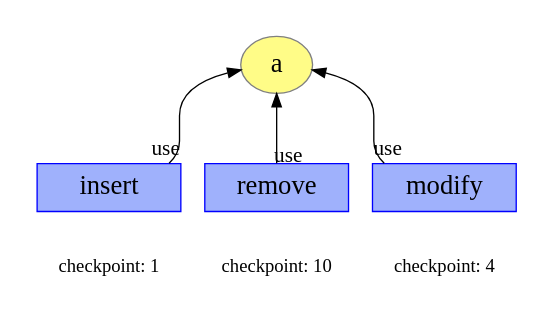
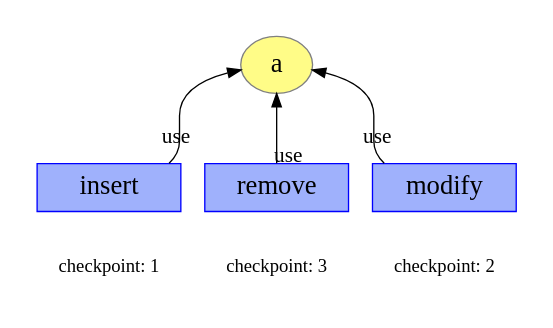
One commit to dew-uff/versioned-prov changed the diagram in generated/presentation/versioned.dot. Above: the diagram before and after it, drawn with Graphviz. The commit also changed 154 other files, not shown here.

```diff
--- a/generated/presentation/versioned.dot
+++ b/generated/presentation/versioned.dot
@@ -1,32 +1,32 @@
 digraph "PROV" { size="16,12"; rankdir="BT";
 ranksep=0.1; 
 
 subgraph cluster_1 {
     color=white
     "g/modify" [shape=box color=white fixedsize=true width=1.5]
     "g/remove" [shape=box color=white fixedsize=true width=1.5]
     "g/insert" [shape=box color=white fixedsize=true width=1.5]
 
     edge [minlen=6]
 
 "g/a" [fillcolor="#FFFC87",color="#808080",style="filled",label="a",URL="g/a",fontsize="20"]
 "g/insert" [fillcolor="#9FB1FC",color="#0000FF",shape="polygon",sides="4",style="filled",label="insert",URL="g/insert",fontsize="20"]
 "g/remove" [fillcolor="#9FB1FC",color="#0000FF",shape="polygon",sides="4",style="filled",label="remove",URL="g/remove",fontsize="20"]
 "g/modify" [fillcolor="#9FB1FC",color="#0000FF",shape="polygon",sides="4",style="filled",label="modify",URL="g/modify",fontsize="20"]
-"g/insert" -> "g/a" [labelfontsize="16",labeldistance="1",labelangle="-60",rotation="20",taillabel="use",dist="1",angle="-60"]
+"g/insert" -> "g/a" [labelfontsize="16",labeldistance="2",labelangle="-30",rotation="20",taillabel="use",dist="2",angle="-30"]
 "g/remove" -> "g/a" [labelfontsize="16",labeldistance="1",labelangle="60.0",rotation="20",taillabel="use"]
-"g/modify" -> "g/a" [labelfontsize="16",labeldistance="1",labelangle="60.0",rotation="20",taillabel="use"]
+"g/modify" -> "g/a" [labelfontsize="16",labeldistance="2",labelangle="30",rotation="20",taillabel="use",dist="2",angle="30"]
 
 }
 
 subgraph cluster_0 {
     color=white
     node [shape=box color=white fixedsize=true width=1.5]
     chk1 [label="checkpoint: 1" ]
-    chk10 [label="checkpoint: 10"]
-    chk4 [label="checkpoint: 4" ]
+    chk3 [label="checkpoint: 3"]
+    chk2 [label="checkpoint: 2" ]
     chk1 -> "g/insert" [style=invis]
-    chk10 -> "g/remove" [style=invis]
-    chk4 -> "g/modify" [style=invis]
+    chk3 -> "g/remove" [style=invis]
+    chk2 -> "g/modify" [style=invis]
 }
 }
```
